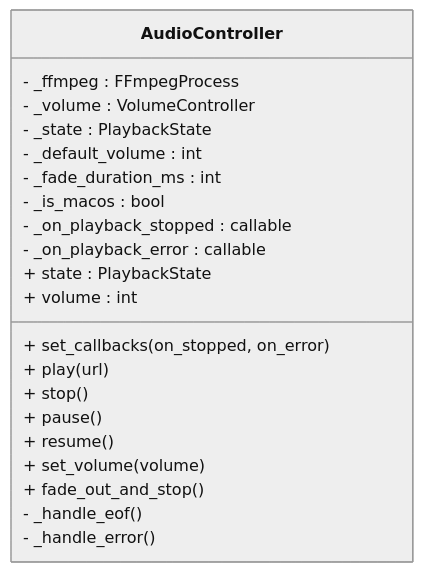
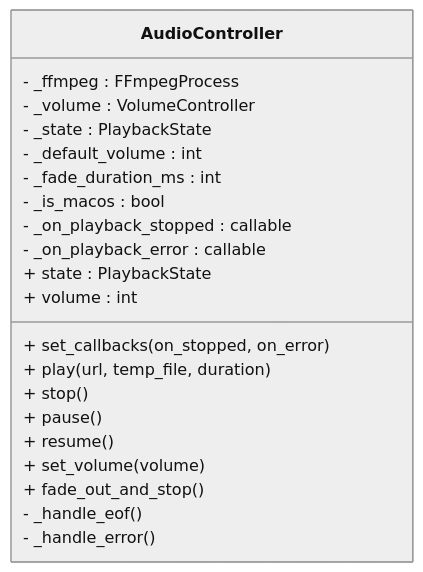
Before and after one commit to GhoulOwl/Teamspeak3_Bot: the fourth of 7 diagrams in .qoder/repowiki/zh/content/音乐播放系统/FFmpeg集成.md, drawn with Mermaid (neutral theme). The commit also changed other lines of this file and 7 other files, not shown here.

````diff
--- a/.qoder/repowiki/zh/content/音乐播放系统/FFmpeg集成.md
+++ b/.qoder/repowiki/zh/content/音乐播放系统/FFmpeg集成.md
@@ -234,24 +245,24 @@
 ```mermaid
 classDiagram
 class AudioController {
 - _ffmpeg : FFmpegProcess
 - _volume : VolumeController
 - _state : PlaybackState
 - _default_volume : int
 - _fade_duration_ms : int
 - _is_macos : bool
 - _on_playback_stopped : callable
 - _on_playback_error : callable
 + state : PlaybackState
 + volume : int
 + set_callbacks(on_stopped, on_error)
-+ play(url)
++ play(url, temp_file, duration)
 + stop()
 + pause()
 + resume()
 + set_volume(volume)
 + fade_out_and_stop()
 - _handle_eof()
 - _handle_error()
 }
 ```
````
